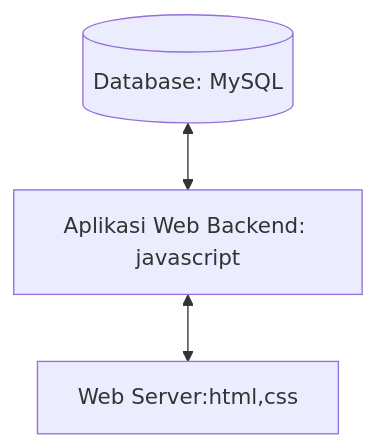
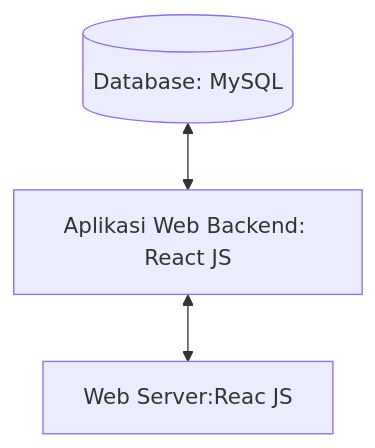
One commit to aldypermana20/Interview.pengenalaninformatika changed the second of 2 diagrams in README.md. Above: the diagram before and after it, drawn with Mermaid.

````diff
--- a/README.md
+++ b/README.md
@@ -92,4 +92,4 @@
 ```mermaid
 flowchart TD
-    id1[(Database: MySQL)] <--> id2[Aplikasi Web Backend: javascript] <--> id3[Web Server:html,css]  
+    id1[(Database: MySQL)] <--> id2[Aplikasi Web Backend: React JS] <--> id3[Web Server:Reac JS]  
 ```
````
